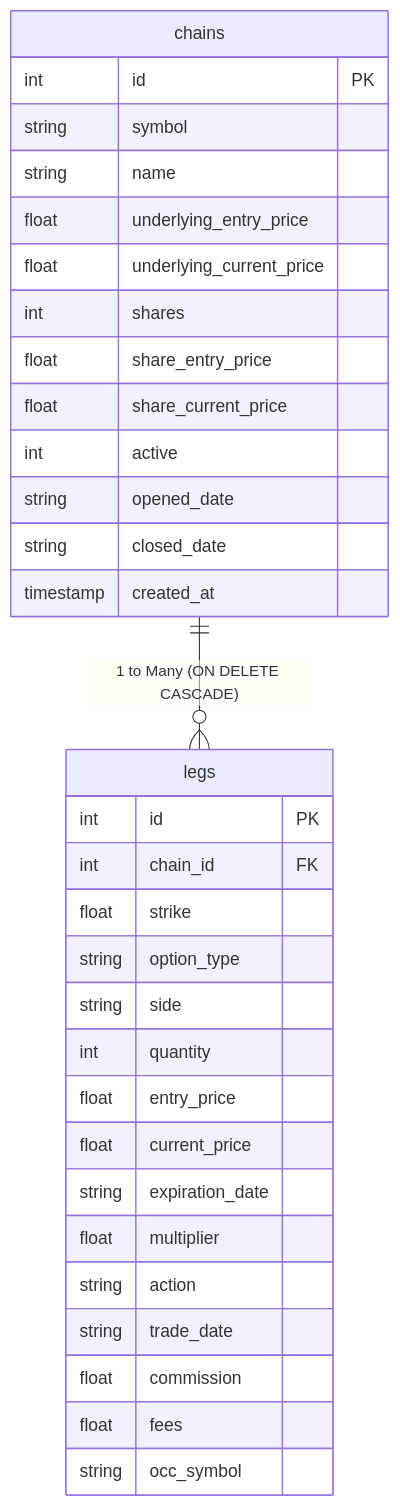
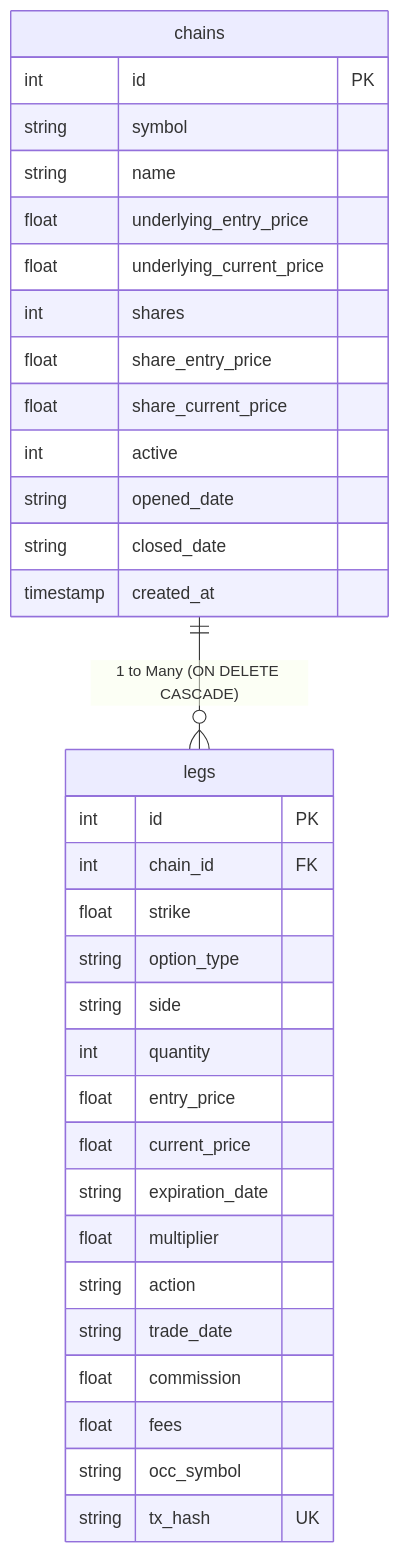
The diagram in DATABASE_README.md (projectman/chain_controller), drawn with Mermaid before and after one commit. The commit also changed other lines of this file and 6 other files, not shown here.

````diff
--- a/DATABASE_README.md
+++ b/DATABASE_README.md
@@ -103,35 +118,36 @@
 ```mermaid
 erDiagram
     chains ||--o{ legs : "1 to Many (ON DELETE CASCADE)"
     chains {
         int id PK
         string symbol
         string name
         float underlying_entry_price
         float underlying_current_price
         int shares
         float share_entry_price
         float share_current_price
         int active
         string opened_date
         string closed_date
         timestamp created_at
     }
     legs {
         int id PK
         int chain_id FK
         float strike
         string option_type
         string side
         int quantity
         float entry_price
         float current_price
         string expiration_date
         float multiplier
         string action
         string trade_date
         float commission
         float fees
         string occ_symbol
+        string tx_hash UK
     }
 ```
````
